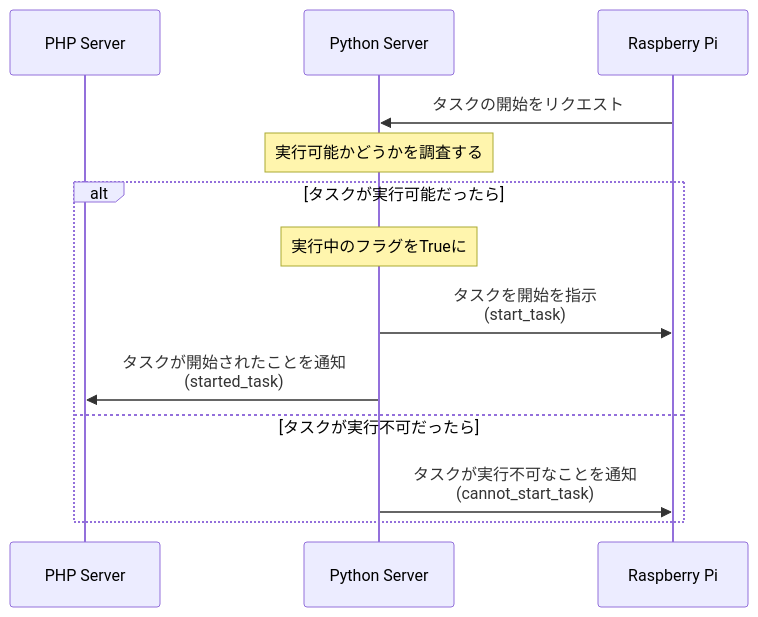
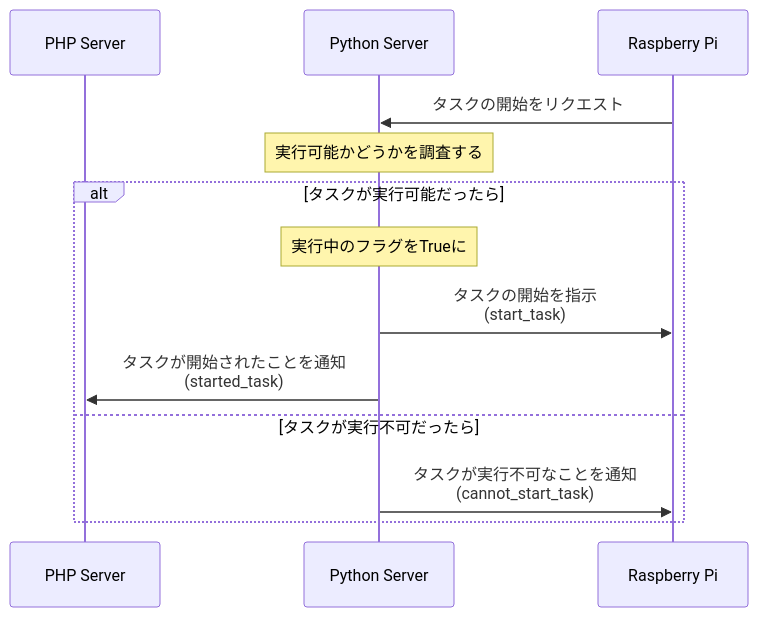
Before and after one commit to litech-team/li-learn-timer-docs: the second of 5 diagrams in sequence.md, drawn with Mermaid.

Commit message:
typoを修正

````diff
--- a/sequence.md
+++ b/sequence.md
@@ -25,16 +25,16 @@
 ```mermaid
 sequenceDiagram
     participant server as PHP Server
     participant python as Python Server
     participant client as Raspberry Pi
 
     client ->> python: タスクの開始をリクエスト
     Note over python: 実行可能かどうかを調査する
     alt タスクが実行可能だったら
         Note over python: 実行中のフラグをTrueに
-        python ->> client: タスクを開始を指示<br>(start_task)
+        python ->> client: タスクの開始を指示<br>(start_task)
         python ->> server: タスクが開始されたことを通知<br>(started_task)
     else タスクが実行不可だったら
         python ->> client: タスクが実行不可なことを通知<br>(cannot_start_task)
     end
 ```
````
